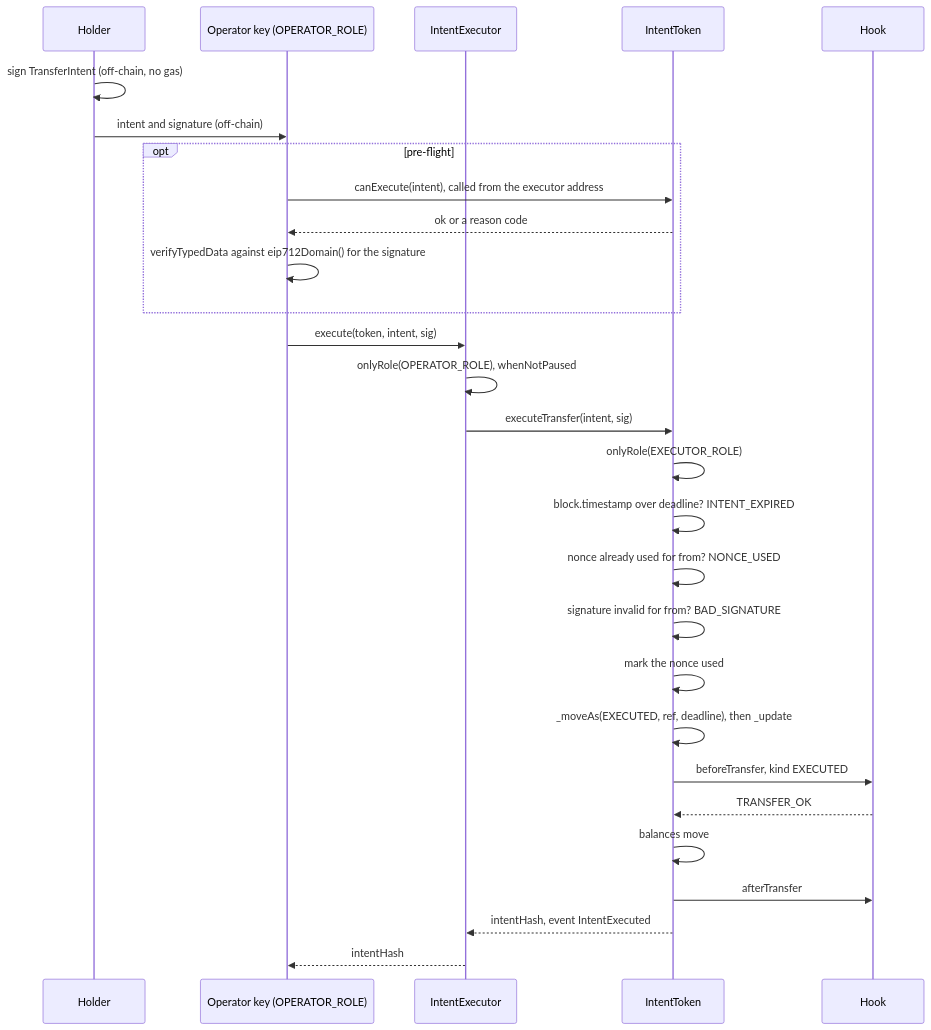
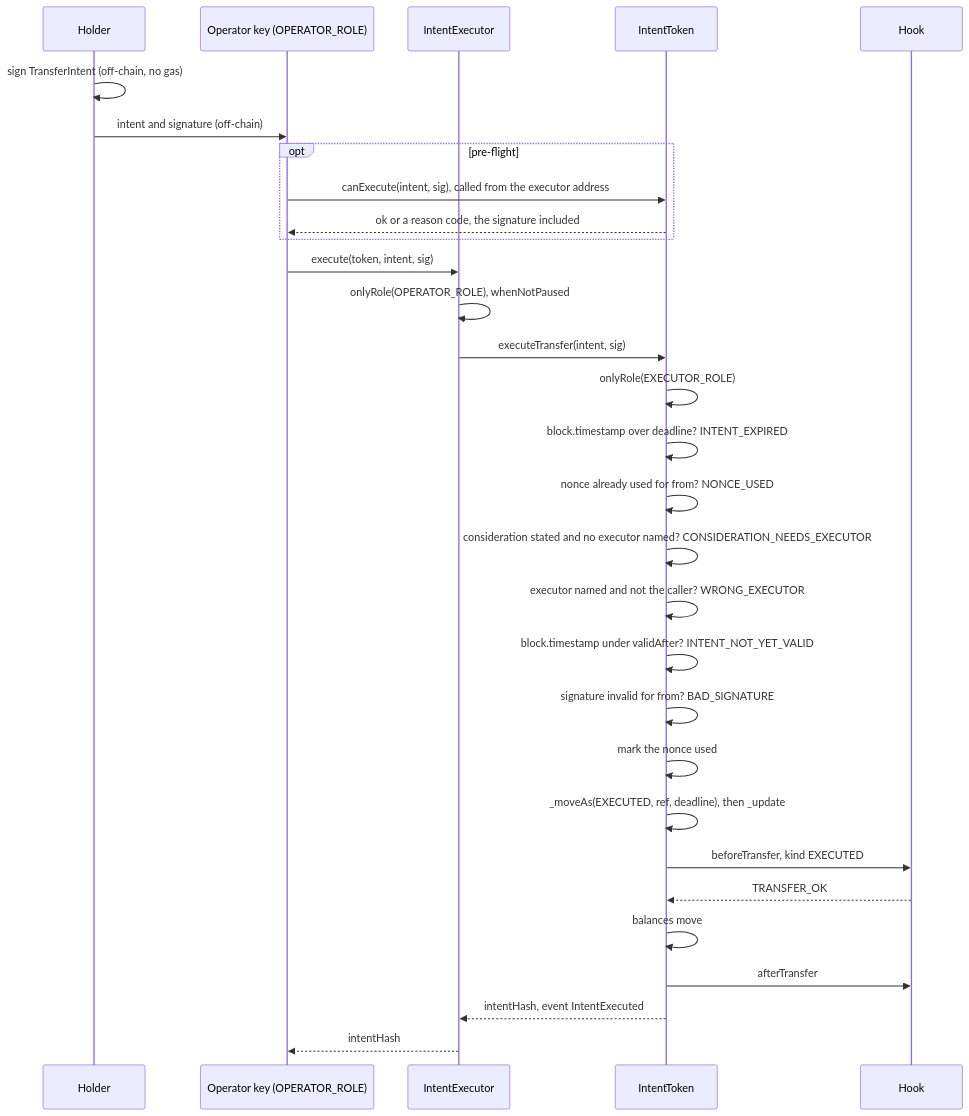
The third of 7 diagrams in docs/flows-token.md (fepvenancio/rwa-token), drawn with Mermaid before and after one commit. The commit also changed other lines of this file and 18 other files, not shown here.

````diff
--- a/docs/flows-token.md
+++ b/docs/flows-token.md
@@ -91,31 +94,33 @@
 ```mermaid
 sequenceDiagram
   participant Ho as Holder
   participant Op as Operator key (OPERATOR_ROLE)
   participant Ex as IntentExecutor
   participant T as IntentToken
   participant H as Hook
 
   Ho->>Ho: sign TransferIntent (off-chain, no gas)
   Ho->>Op: intent and signature (off-chain)
   opt pre-flight
-    Op->>T: canExecute(intent), called from the executor address
-    T-->>Op: ok or a reason code
-    Op->>Op: verifyTypedData against eip712Domain() for the signature
+    Op->>T: canExecute(intent, sig), called from the executor address
+    T-->>Op: ok or a reason code, the signature included
   end
   Op->>Ex: execute(token, intent, sig)
   Ex->>Ex: onlyRole(OPERATOR_ROLE), whenNotPaused
   Ex->>T: executeTransfer(intent, sig)
   T->>T: onlyRole(EXECUTOR_ROLE)
   T->>T: block.timestamp over deadline? INTENT_EXPIRED
   T->>T: nonce already used for from? NONCE_USED
+  T->>T: consideration stated and no executor named? CONSIDERATION_NEEDS_EXECUTOR
+  T->>T: executor named and not the caller? WRONG_EXECUTOR
+  T->>T: block.timestamp under validAfter? INTENT_NOT_YET_VALID
   T->>T: signature invalid for from? BAD_SIGNATURE
   T->>T: mark the nonce used
   T->>T: _moveAs(EXECUTED, ref, deadline), then _update
   T->>H: beforeTransfer, kind EXECUTED
   H-->>T: TRANSFER_OK
   T->>T: balances move
   T->>H: afterTransfer
   T-->>Ex: intentHash, event IntentExecuted
   Ex-->>Op: intentHash
 ```
````
